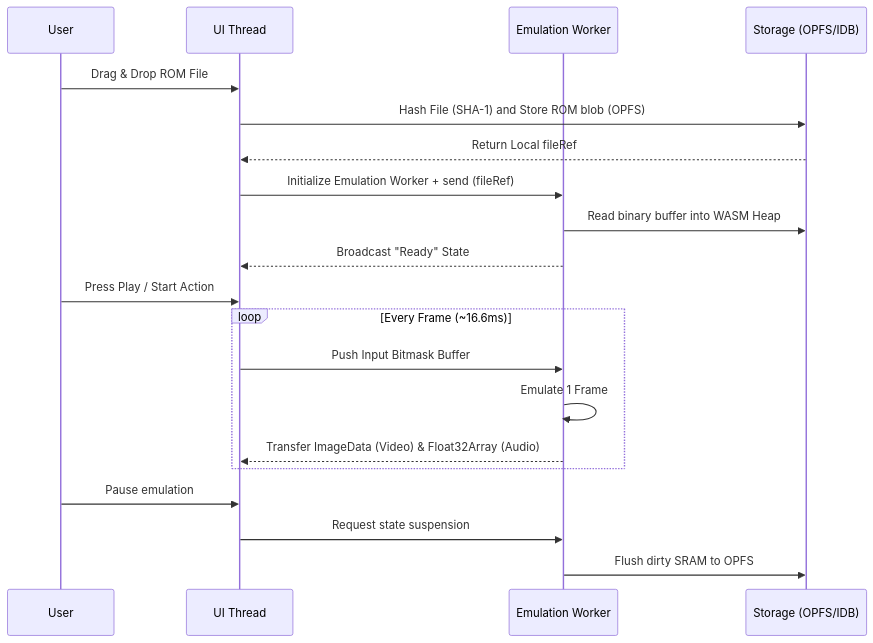
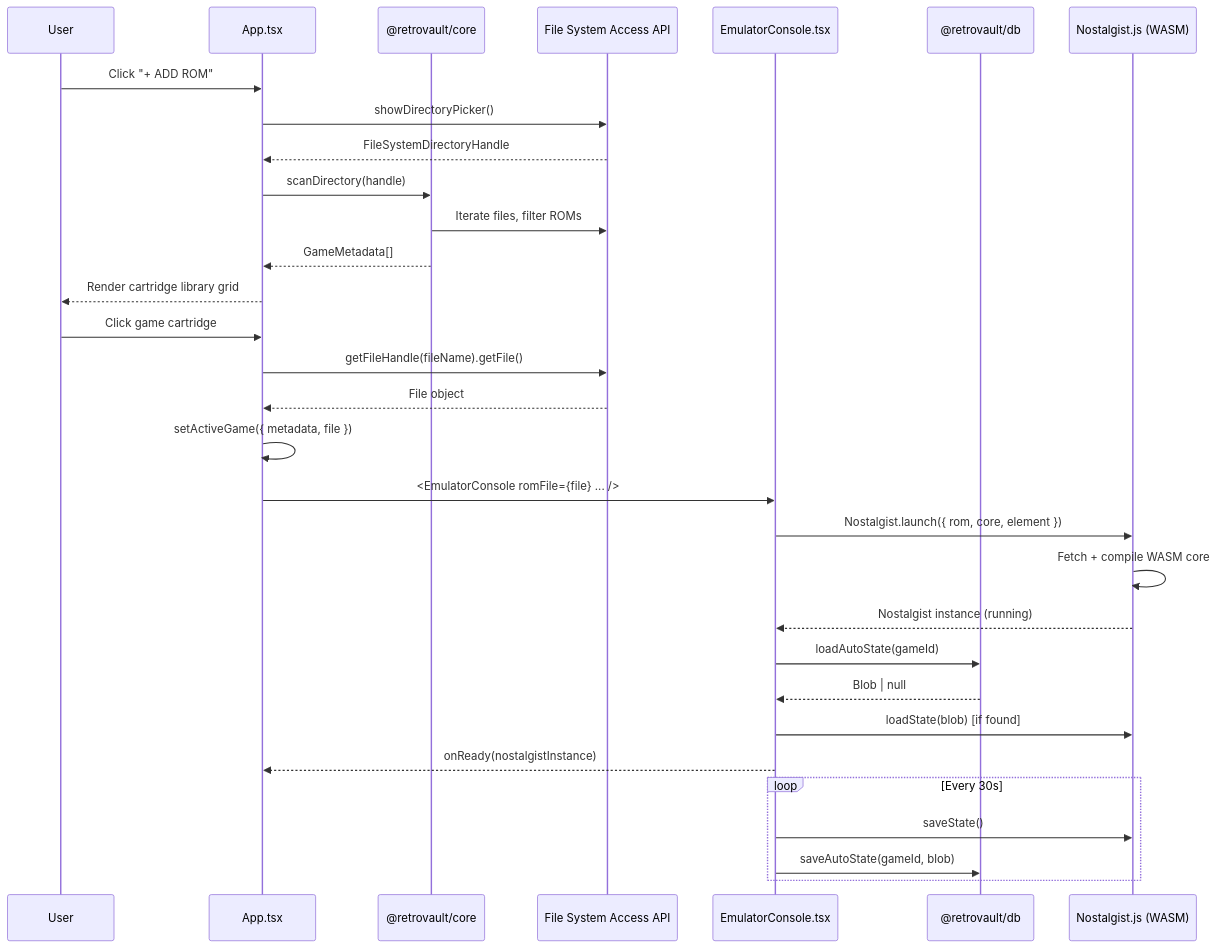
Before and after one commit to RishabhRai280/RetroVault: the second of 2 diagrams in docs/Architecture.md, drawn with Mermaid. The commit also changed other lines of this file and 9 other files, not shown here.

````diff
--- a/docs/Architecture.md
+++ b/docs/Architecture.md
@@ -46,23 +141,37 @@
 ```mermaid
 sequenceDiagram
     participant U as User
-    participant UI as UI Thread
-    participant W as Emulation Worker
-    participant S as Storage (OPFS/IDB)
-    
-    U->>UI: Drag & Drop ROM File
-    UI->>S: Hash File (SHA-1) and Store ROM blob (OPFS)
-    S-->>UI: Return Local fileRef
-    UI->>W: Initialize Emulation Worker + send (fileRef)
-    W->>S: Read binary buffer into WASM Heap
-    W-->>UI: Broadcast "Ready" State
-    U->>UI: Press Play / Start Action
-    loop Every Frame (~16.6ms)
-        UI->>W: Push Input Bitmask Buffer
-        W->>W: Emulate 1 Frame
-        W-->>UI: Transfer ImageData (Video) & Float32Array (Audio)
+    participant App as App.tsx
+    participant Core as @retrovault/core
+    participant FSA as File System Access API
+    participant EC as EmulatorConsole.tsx
+    participant DB as @retrovault/db
+    participant N as Nostalgist.js (WASM)
+
+    U->>App: Click "+ ADD ROM"
+    App->>FSA: showDirectoryPicker()
+    FSA-->>App: FileSystemDirectoryHandle
+    App->>Core: scanDirectory(handle)
+    Core->>FSA: Iterate files, filter ROMs
+    Core-->>App: GameMetadata[]
+    App-->>U: Render cartridge library grid
+
+    U->>App: Click game cartridge
+    App->>FSA: getFileHandle(fileName).getFile()
+    FSA-->>App: File object
+    App->>App: setActiveGame({ metadata, file })
+    App->>EC: <EmulatorConsole romFile={file} ... />
+
+    EC->>N: Nostalgist.launch({ rom, core, element })
+    N->>N: Fetch + compile WASM core
+    N-->>EC: Nostalgist instance (running)
+    EC->>DB: loadAutoState(gameId)
+    DB-->>EC: Blob | null
+    EC->>N: loadState(blob) [if found]
+    EC-->>App: onReady(nostalgistInstance)
+
+    loop Every 30s
+        EC->>N: saveState()
+        EC->>DB: saveAutoState(gameId, blob)
     end
-    U->>UI: Pause emulation
-    UI->>W: Request state suspension
-    W->>S: Flush dirty SRAM to OPFS
 ```
````
